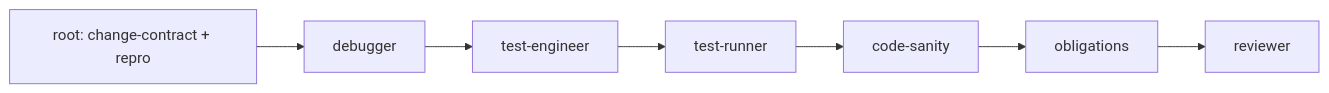
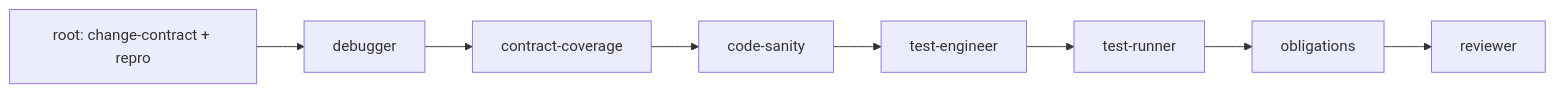
One commit to xtrm-dev/specialists changed the fifth of 14 diagrams in docs/design/chain-templates.md. Above: the diagram before and after it, drawn with Mermaid. The commit also changed other lines of this file and 3 other files, not shown here.

````diff
--- a/docs/design/chain-templates.md
+++ b/docs/design/chain-templates.md
@@ -265,9 +290,10 @@
 ```mermaid
 flowchart LR
   root[root: change-contract + repro] --> debugger
-  debugger --> test-engineer
+  debugger --> contract-coverage
+  contract-coverage --> code-sanity
+  code-sanity --> test-engineer
   test-engineer --> test-runner
-  test-runner --> code-sanity
-  code-sanity --> obligations
+  test-runner --> obligations
   obligations --> reviewer
 ```
````
